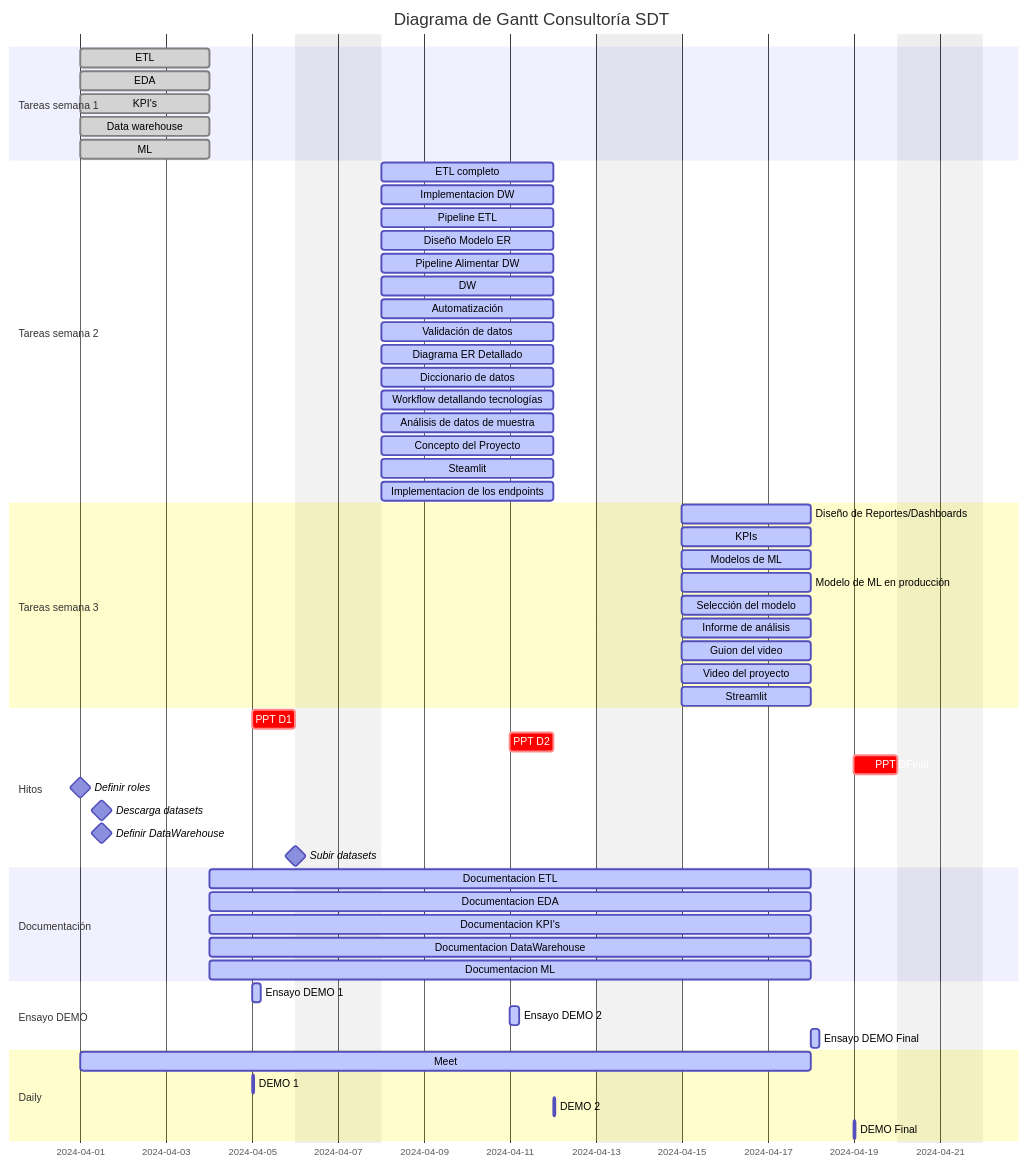
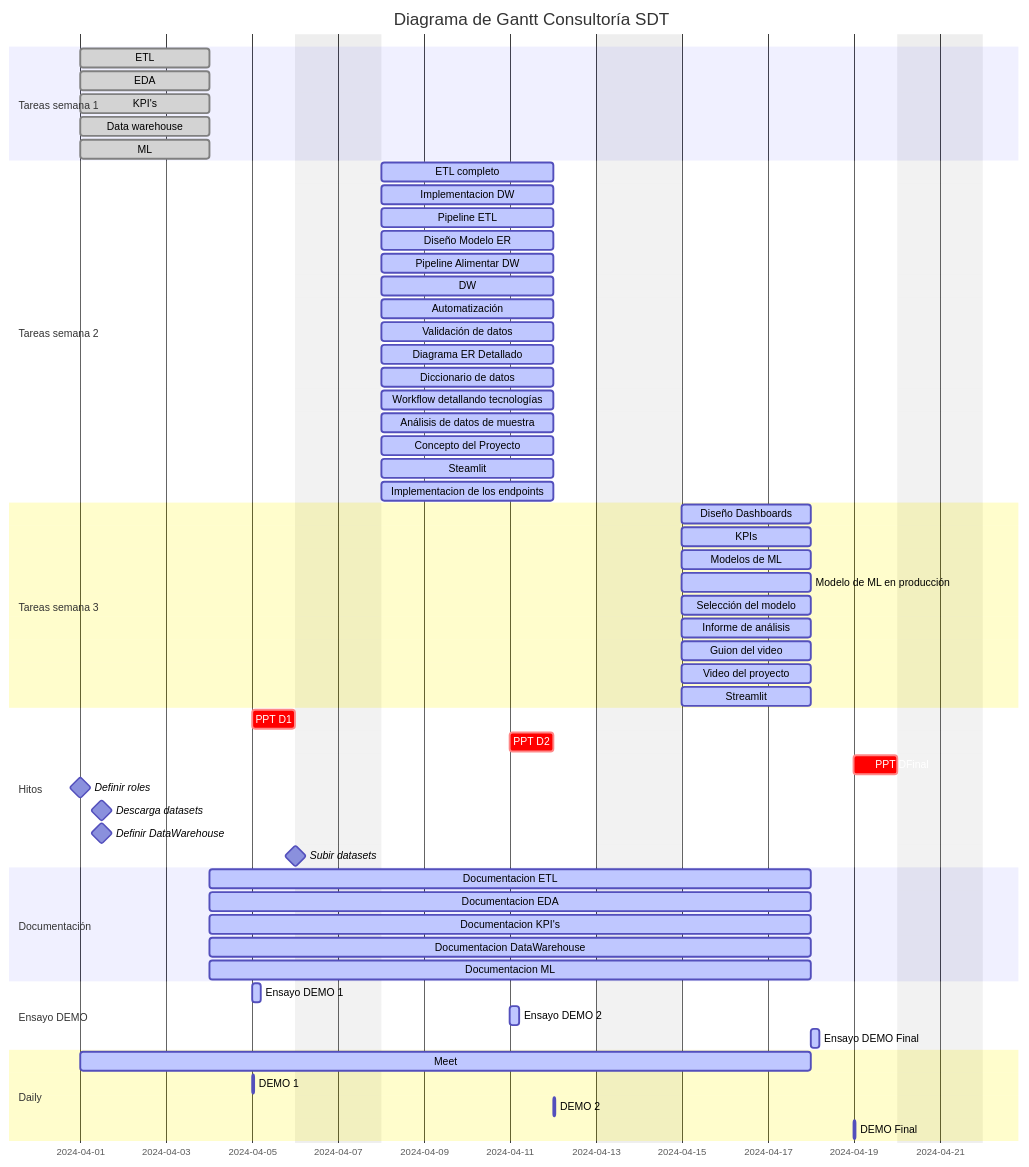
One commit to marceloyuba/SDT changed the diagram in README.md. Above: the diagram before and after it, drawn with Mermaid. The commit also changed other lines of this file, not shown here.

Commit message:
committ cambio details

````diff
--- a/README.md
+++ b/README.md
@@ -7,71 +5,71 @@
 ```mermaid
 gantt
    
     dateFormat  YYYY-MM-DD
     title       Diagrama de Gantt Consultoría SDT
     excludes     saturday sunday
     %% (`excludes` accepts specific dates in YYYY-MM-DD format, days of the week ("sunday") or "weekends", but not the word "weekdays".)
 
     section Tareas semana 1
     ETL                       :done,    des1, 2024-04-01, 3d
     EDA                       :done,  des2, 2024-04-01, 3d
     KPI's                     :done,   des3,  2024-04-01, 3d
     Data warehouse            :done,   des4, 2024-04-01, 3d
     ML                        :done, des5, 2024-04-01, 3d               
 
     section Tareas semana 2            
     ETL completo               :active,    des6, 2024-04-08, 4d
     Implementacion DW         :active,    des7, 2024-04-08, 4d
     Pipeline ETL               :active,    des8, 2024-04-08, 4d
     Diseño Modelo ER           :active,    des8, 2024-04-08, 4d 
     Pipeline Alimentar DW       :active,    des9, 2024-04-08, 4d
     DW                          :active,    des10, 2024-04-08, 4d
     Automatización             :active,    des11, 2024-04-08, 4d
     Validación de datos         :active,    des12, 2024-04-08, 4d
     Diagrama ER Detallado       :active,    des13, 2024-04-08, 4d
     Diccionario de datos        :active,    des14, 2024-04-08, 4d
     Workflow detallando tecnologías :active,    des15, 2024-04-08, 4d
     Análisis de datos de muestra   :active,    des16, 2024-04-08, 4d
     Concepto del Proyecto         :active,    des17, 2024-04-08, 4d
     Steamlit                     :active,    des18, 2024-04-08, 4d
     Implementacion de los endpoints     :active,    des19, 2024-04-08, 4d
 
     section Tareas semana 3           
-    Diseño de Reportes/Dashboards  :active,    des20, 2024-04-15, 3d
+    Diseño Dashboards              :active,    des20, 2024-04-15, 3d
     KPIs                           :active,    des21, 2024-04-15, 3d
     Modelos de ML                   :active,    des22, 2024-04-15, 3d
     Modelo de ML en producción      :active,    des23, 2024-04-15, 3d
     Selección del modelo         :active,    des24, 2024-04-15, 3d
     Informe de análisis               :active,    des25, 2024-04-15, 3d
     Guion del video                  :active,    des26, 2024-04-15, 3d
     Video del proyecto              :active,    des27, 2024-04-15, 3d
     Streamlit                       :active, des28, 2024-04-15, 3d
 
     section Hitos
     PPT D1                              :crit,  2024-04-05,24h
     PPT D2                              :crit,  2024-04-11,24h
     PPT DFinal                          :crit,  2024-04-19,24h
     Definir roles                       :milestone, isadded, 2024-04-01, 0d
     Descarga datasets                   :milestone, isadded, 2024-04-01, 24h
     Definir DataWarehouse               :milestone,isadded, 2024-04-01, 24h
     Subir datasets                      :milestone,isadded 2024-04-04, 2d
 
     section Documentación
     Documentacion ETL               :active, a1, after des1, 10d
     Documentacion EDA              :active, a1, after des1, 10d
     Documentacion KPI's              :active, a1, after des1, 10d
     Documentacion DataWarehouse       :active, a1, after des1, 10d
     Documentacion ML                   :active, a1, after des1, 10d
     
     section Ensayo DEMO
     Ensayo DEMO 1                       :active, 2024-04-05, 5h
     Ensayo DEMO 2                       :active, 2024-04-11, 5h
     Ensayo DEMO Final                  :active, 2024-04-18, 5h
 
     section Daily
     Meet                               :active,a2, 2024-04-01, 2024-04-18
     DEMO 1                             :active, 2024-04-05, 1h
     DEMO 2                             :active, 2024-04-12, 1h
     DEMO Final                             :active, 2024-04-19, 1h
    
 ```
````
